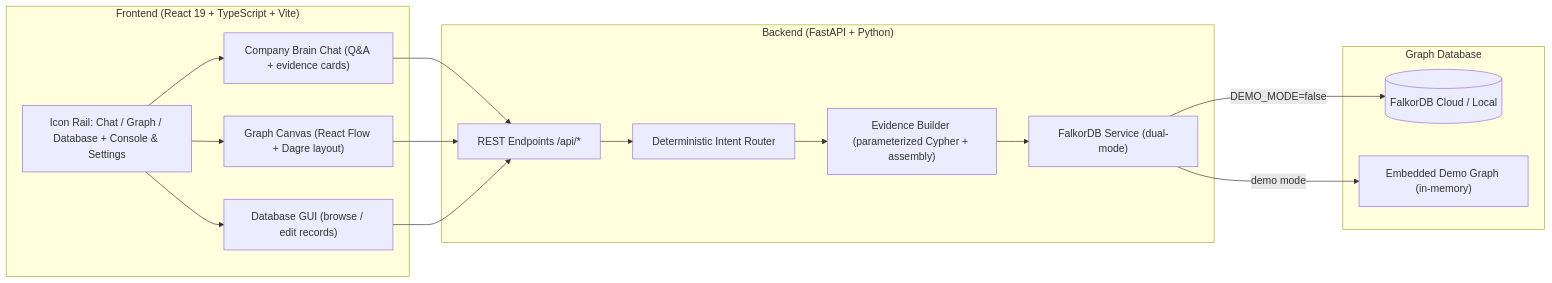
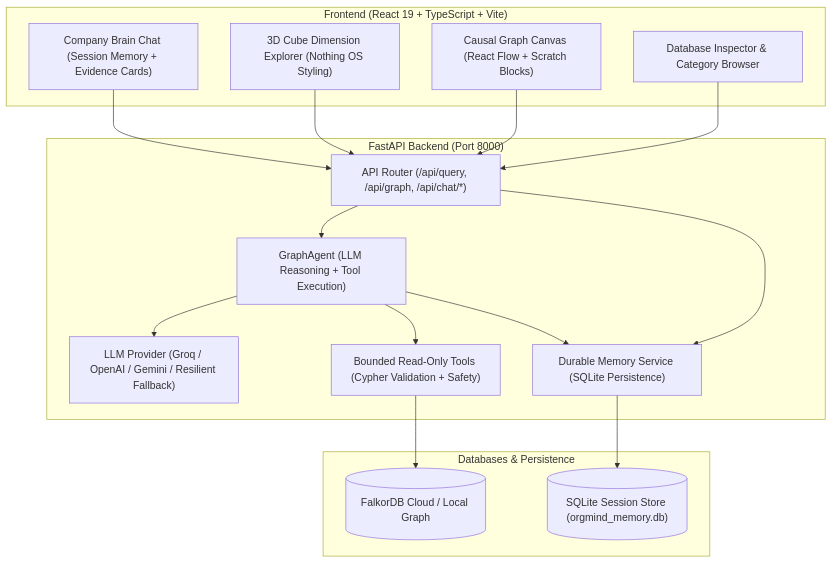
Before and after one commit to Dev-hz-cloud/orgmind-graph-hacks-2026: the first of 2 diagrams in README.md, drawn with Mermaid. The commit also changed other lines of this file and 29 other files, not shown here.

````diff
--- a/README.md
+++ b/README.md
@@ -34,24 +23,32 @@
 ```mermaid
-flowchart LR
+flowchart TD
     subgraph Frontend["Frontend (React 19 + TypeScript + Vite)"]
-        Rail["Icon Rail: Chat / Graph / Database + Console & Settings"]
-        Chat["Company Brain Chat (Q&A + evidence cards)"]
-        Graph["Graph Canvas (React Flow + Dagre layout)"]
-        DB["Database GUI (browse / edit records)"]
+        ChatUI["Company Brain Chat (Session Memory + Evidence Cards)"]
+        Cube3D["3D Cube Dimension Explorer (Nothing OS Styling)"]
+        FlowCanvas["Causal Graph Canvas (React Flow + Scratch Blocks)"]
+        DBView["Database Inspector & Category Browser"]
     end
-    subgraph Backend["Backend (FastAPI + Python)"]
-        API["REST Endpoints /api/*"]
-        Router["Deterministic Intent Router"]
-        Brain["Evidence Builder (parameterized Cypher + assembly)"]
-        Falkor["FalkorDB Service (dual-mode)"]
+
+    subgraph Backend["FastAPI Backend (Port 8000)"]
+        Router["API Router (/api/query, /api/graph, /api/chat/*)"]
+        Agent["GraphAgent (LLM Reasoning + Tool Execution)"]
+        Tools["Bounded Read-Only Tools (Cypher Validation + Safety)"]
+        Provider["LLM Provider (Groq / OpenAI / Gemini / Resilient Fallback)"]
+        Memory["Durable Memory Service (SQLite Persistence)"]
     end
-    subgraph DB2["Graph Database"]
-        Live[("FalkorDB Cloud / Local")]
-        Demo["Embedded Demo Graph (in-memory)"]
+
+    subgraph Storage["Databases & Persistence"]
+        Falkor[("FalkorDB Cloud / Local Graph")]
+        SqliteDB[("SQLite Session Store (orgmind_memory.db)")]
     end
-    Rail --> Chat & Graph & DB
-    Chat & Graph & DB --> API
-    API --> Router --> Brain --> Falkor
-    Falkor -->|DEMO_MODE=false| Live
-    Falkor -->|demo mode| Demo
+
+    ChatUI --> Router
+    Cube3D & FlowCanvas & DBView --> Router
+    Router --> Agent
+    Router --> Memory
+    Agent --> Provider
+    Agent --> Tools
+    Agent --> Memory
+    Tools --> Falkor
+    Memory --> SqliteDB
 ```
````
